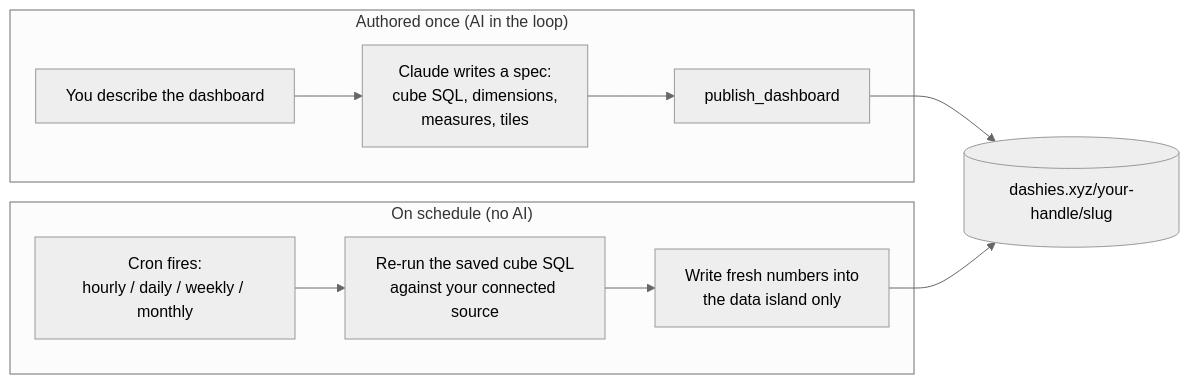
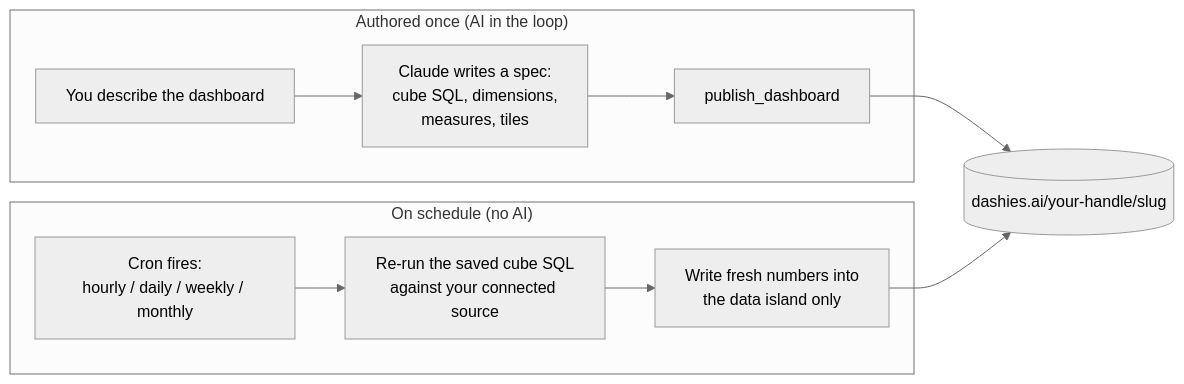
The diagram in README.md (Dashies-ai/dashies-plugin), drawn with Mermaid (neutral theme) before and after one commit. The commit also changed other lines of this file and 11 other files, not shown here.

````diff
--- a/README.md
+++ b/README.md
@@ -111,13 +111,13 @@
 ```mermaid
 flowchart LR
     subgraph once["Authored once (AI in the loop)"]
       A["You describe the dashboard"] --> B["Claude writes a spec:<br/>cube SQL, dimensions,<br/>measures, tiles"]
       B --> C["publish_dashboard"]
     end
-    C --> D[("dashies.xyz/your-handle/slug")]
+    C --> D[("dashies.ai/your-handle/slug")]
     subgraph loop["On schedule (no AI)"]
       E["Cron fires:<br/>hourly / daily / weekly / monthly"] --> F["Re-run the saved cube SQL<br/>against your connected source"]
       F --> G["Write fresh numbers into<br/>the data island only"]
     end
     G --> D
 ```
````
